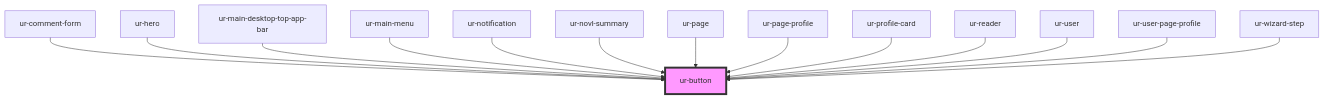
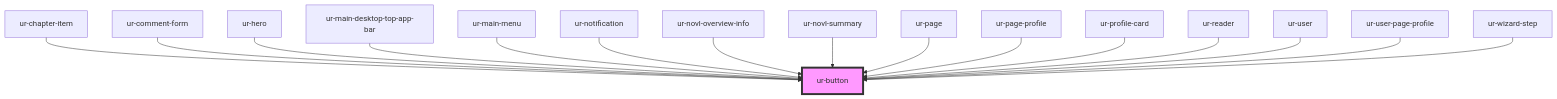
Before and after one commit to hellish/urnovl-web-components: the diagram in src/components/ur-button/readme.md, drawn with Mermaid. The commit also changed other lines of this file and 17 other files, not shown here.

````diff
--- a/src/components/ur-button/readme.md
+++ b/src/components/ur-button/readme.md
@@ -42,17 +45,19 @@
 ```mermaid
 graph TD;
+  ur-chapter-item --> ur-button
   ur-comment-form --> ur-button
   ur-hero --> ur-button
   ur-main-desktop-top-app-bar --> ur-button
   ur-main-menu --> ur-button
   ur-notification --> ur-button
+  ur-novl-overview-info --> ur-button
   ur-novl-summary --> ur-button
   ur-page --> ur-button
   ur-page-profile --> ur-button
   ur-profile-card --> ur-button
   ur-reader --> ur-button
   ur-user --> ur-button
   ur-user-page-profile --> ur-button
   ur-wizard-step --> ur-button
   style ur-button fill:#f9f,stroke:#333,stroke-width:4px
 ```
````
